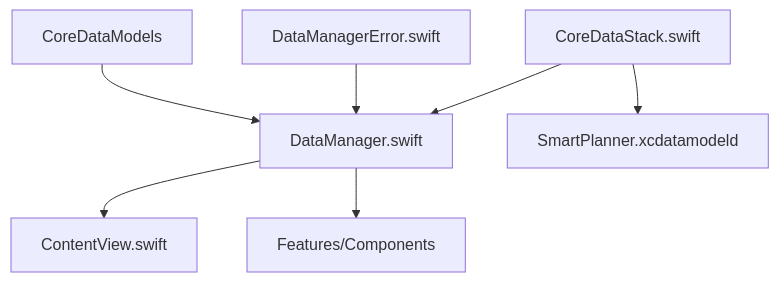
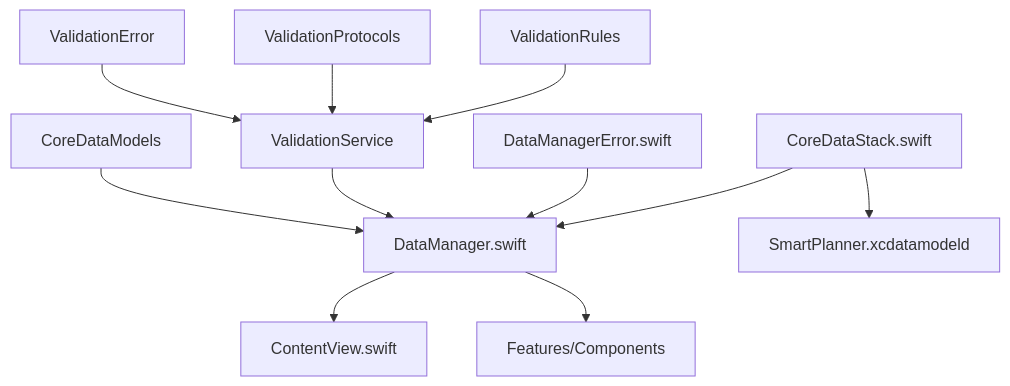
The third of 6 diagrams in ProjectStructure.md (HS-Jack-YZY/SmartPlanner), drawn with Mermaid before and after one commit. The commit also changed other lines of this file and 1 other file, not shown here.

First line of the commit message:
docs(validation): 完善数据验证系统文档和项目结构说明

````diff
--- a/ProjectStructure.md
+++ b/ProjectStructure.md
@@ -301,9 +309,13 @@
 ```mermaid
 graph TD
     A[CoreDataStack.swift] --> B[DataManager.swift]
     C[DataManagerError.swift] --> B
-    B --> D[ContentView.swift]
-    B --> E[Features/Components]
-    A --> F[SmartPlanner.xcdatamodeld]
-    G[CoreDataModels] --> B
+    D[ValidationService] --> B
+    B --> E[ContentView.swift]
+    B --> F[Features/Components]
+    A --> G[SmartPlanner.xcdatamodeld]
+    H[CoreDataModels] --> B
+    I[ValidationRules] --> D
+    J[ValidationProtocols] --> D
+    K[ValidationError] --> D
 ```
````
